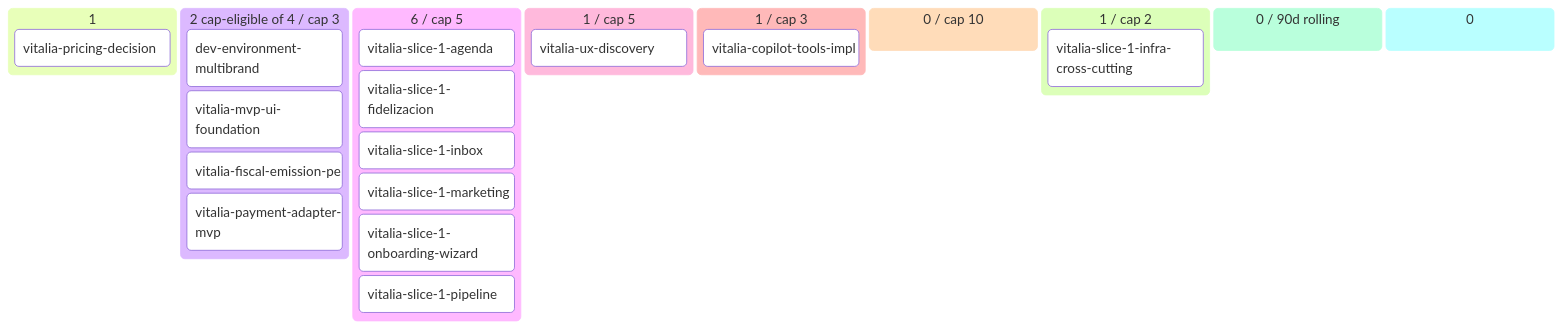
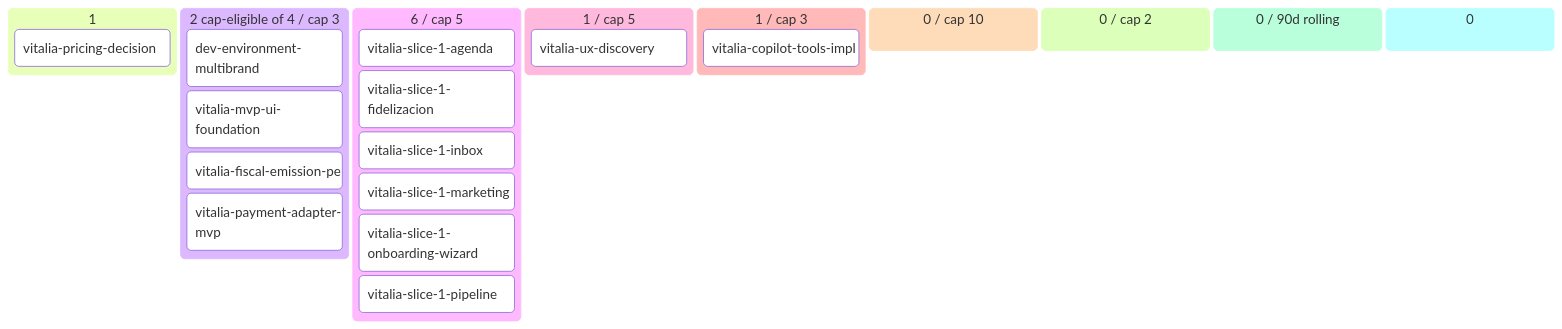
Before and after one commit to alpaca-purpura/luana-platform: the diagram in vitalia/docs/product/BACKLOG.md, drawn with Mermaid. The commit also changed other lines of this file and 44 other files, not shown here.

First line of the commit message:
docs(vitalia): close vitalia-slice-1-infra-cross-cutting → done

````diff
--- a/vitalia/docs/product/BACKLOG.md
+++ b/vitalia/docs/product/BACKLOG.md
@@ -50,26 +50,25 @@
 ```mermaid
 kanban
   💡 Ideas (1)
     vitalia-pricing-decision[vitalia-pricing-decision]
   🔬 Refining (2 cap-eligible of 4 / cap 3)
     dev-environment-multibrand[dev-environment-multibrand]
     vitalia-mvp-ui-foundation[vitalia-mvp-ui-foundation]
     vitalia-fiscal-emission-pe[vitalia-fiscal-emission-pe]
     vitalia-payment-adapter-mvp[vitalia-payment-adapter-mvp]
   ✅ Refined (6 / cap 5)
     vitalia-slice-1-agenda[vitalia-slice-1-agenda]
     vitalia-slice-1-fidelizacion[vitalia-slice-1-fidelizacion]
     vitalia-slice-1-inbox[vitalia-slice-1-inbox]
     vitalia-slice-1-marketing[vitalia-slice-1-marketing]
     vitalia-slice-1-onboarding-wiz[vitalia-slice-1-onboarding-wizard]
     vitalia-slice-1-pipeline[vitalia-slice-1-pipeline]
   📦 Ready (1 / cap 5)
     vitalia-ux-discovery[vitalia-ux-discovery]
   🔨 Developing (1 / cap 3)
     vitalia-copilot-tools-impl[vitalia-copilot-tools-impl]
   🧪 Developed (0 / cap 10)
-  🔍 Reviewing (1 / cap 2)
-    vitalia-slice-1-infra-cross-cu[vitalia-slice-1-infra-cross-cutting]
+  🔍 Reviewing (0 / cap 2)
   ✅ Done (0 / 90d rolling)
   🅿 Parked (0)
 ```
````
